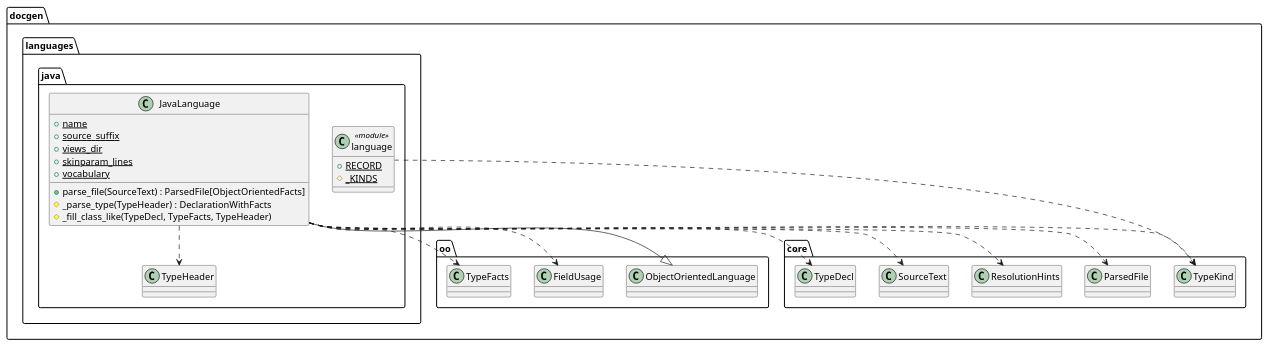
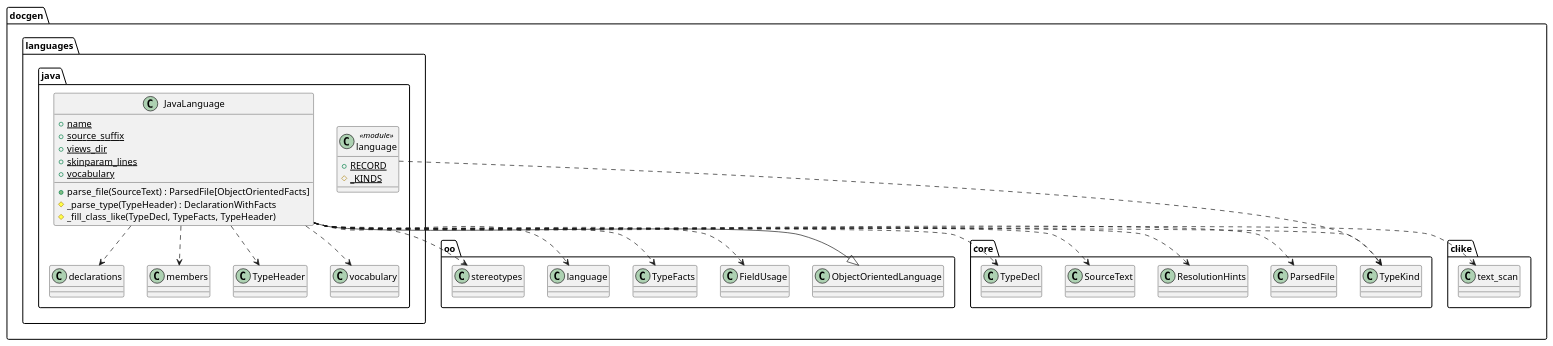
One commit to Boulede987/DocGeneration changed the diagram in docs/Modelisation/Fragments-Full/docgen/languages/java/language.puml. Above: the diagram before and after it, drawn with PlantUML. The commit also changed 100 other files, not shown here.

```diff
--- a/docs/Modelisation/Fragments-Full/docgen/languages/java/language.puml
+++ b/docs/Modelisation/Fragments-Full/docgen/languages/java/language.puml
@@ -1,27 +1,33 @@
 namespace docgen.languages.java {
 class JavaLanguage {
   + {static} name
   + {static} source_suffix
   + {static} views_dir
   + {static} skinparam_lines
   + {static} vocabulary
   + parse_file(SourceText) : ParsedFile[ObjectOrientedFacts]
   # _parse_type(TypeHeader) : DeclarationWithFacts
   # _fill_class_like(TypeDecl, TypeFacts, TypeHeader)
 }
 class language <<module>> {
   + {static} RECORD
   # {static} _KINDS
 }
 }
 
 docgen.languages.java.JavaLanguage --|> docgen.oo.ObjectOrientedLanguage
 docgen.languages.java.JavaLanguage ..> docgen.oo.FieldUsage
 docgen.languages.java.JavaLanguage ..> docgen.core.ParsedFile
 docgen.languages.java.JavaLanguage ..> docgen.core.ResolutionHints
 docgen.languages.java.JavaLanguage ..> docgen.core.SourceText
 docgen.languages.java.JavaLanguage ..> docgen.core.TypeDecl
 docgen.languages.java.JavaLanguage ..> docgen.oo.TypeFacts
 docgen.languages.java.JavaLanguage ..> docgen.languages.java.TypeHeader
 docgen.languages.java.JavaLanguage ..> docgen.core.TypeKind
 docgen.languages.java.language ..> docgen.core.TypeKind
+docgen.languages.java.JavaLanguage ..> docgen.languages.java.vocabulary
+docgen.languages.java.JavaLanguage ..> docgen.oo.language
+docgen.languages.java.JavaLanguage ..> docgen.languages.java.declarations
+docgen.languages.java.JavaLanguage ..> docgen.languages.java.members
+docgen.languages.java.JavaLanguage ..> docgen.clike.text_scan
+docgen.languages.java.JavaLanguage ..> docgen.oo.stereotypes
```
